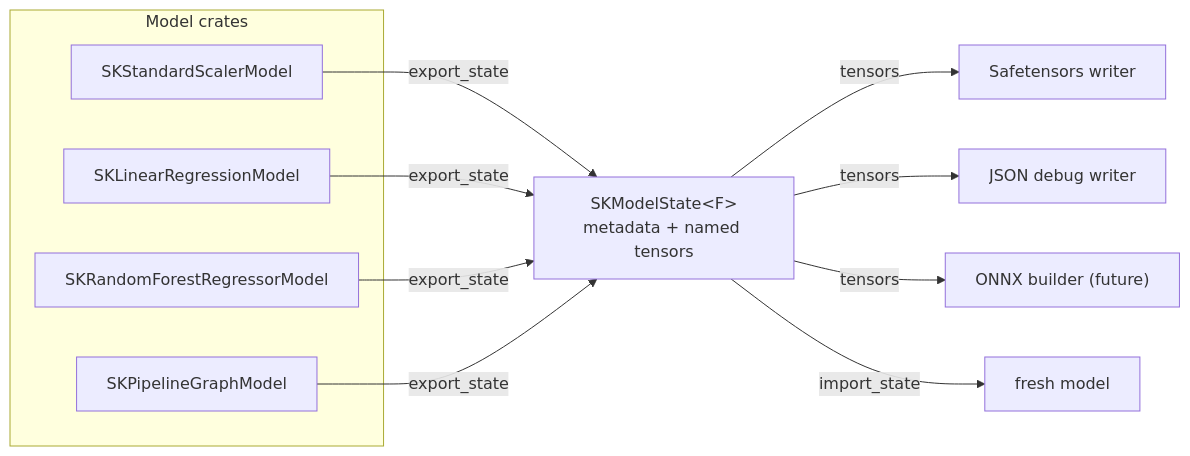
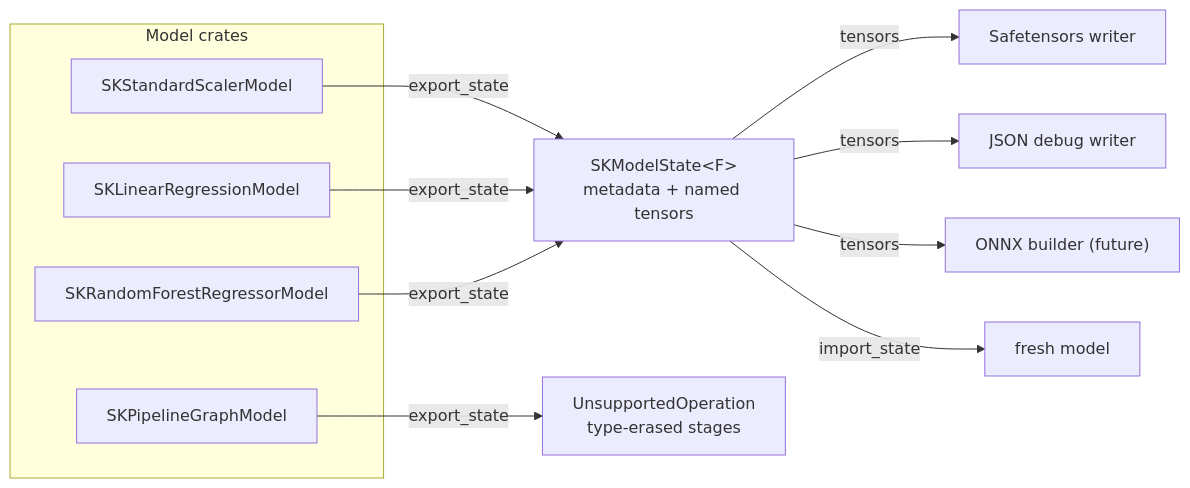
One commit to neurono-ml/sciencekit changed the first of 2 diagrams in docs/src/development-explained/ch62-model-export-retrofit.md. Above: the diagram before and after it, drawn with Mermaid. The commit also changed other lines of this file and 1 other file, not shown here.

First line of the commit message:
docs(book): correct the model export coverage claims

````diff
--- a/docs/src/development-explained/ch62-model-export-retrofit.md
+++ b/docs/src/development-explained/ch62-model-export-retrofit.md
@@ -34,18 +35,18 @@
 ```mermaid
 flowchart LR
     subgraph Models["Model crates"]
         S["SKStandardScalerModel"]
         L["SKLinearRegressionModel"]
         F["SKRandomForestRegressorModel"]
         P["SKPipelineGraphModel"]
     end
     S -->|export_state| State
     L -->|export_state| State
     F -->|export_state| State
-    P -->|export_state| State
+    P -->|export_state| Refusal["UnsupportedOperation<br/>type-erased stages"]
     State["SKModelState&lt;F&gt;<br/>metadata + named tensors"]
     State -->|tensors| SF["Safetensors writer"]
     State -->|tensors| JS["JSON debug writer"]
     State -->|tensors| ONNX["ONNX builder (future)"]
     State -->|import_state| S2["fresh model"]
 ```
````
